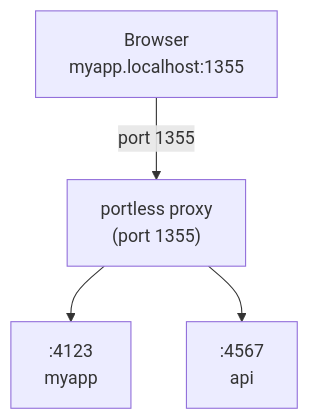
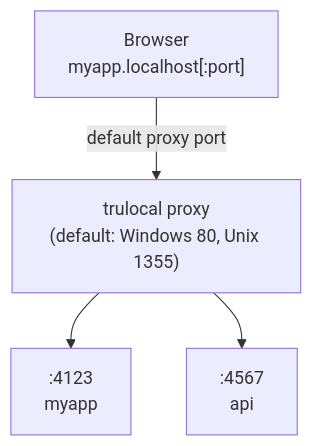
The diagram in README.md (HenkDz/TrueLocal), drawn with Mermaid before and after one commit. The commit also changed other lines of this file and 9 other files, not shown here.

First line of the commit message:
feat: rename portless to trulocal across the codebase

````diff
--- a/README.md
+++ b/README.md
@@ -71,11 +75,11 @@
 ```mermaid
 flowchart TD
-    Browser["Browser\nmyapp.localhost:1355"]
-    Proxy["portless proxy\n(port 1355)"]
+  Browser["Browser\nmyapp.localhost[:port]"]
+  Proxy["trulocal proxy\n(default: Windows 80, Unix 1355)"]
     App1[":4123\nmyapp"]
     App2[":4567\napi"]
 
-    Browser -->|port 1355| Proxy
+  Browser -->|default proxy port| Proxy
     Proxy --> App1
     Proxy --> App2
 ```
````
